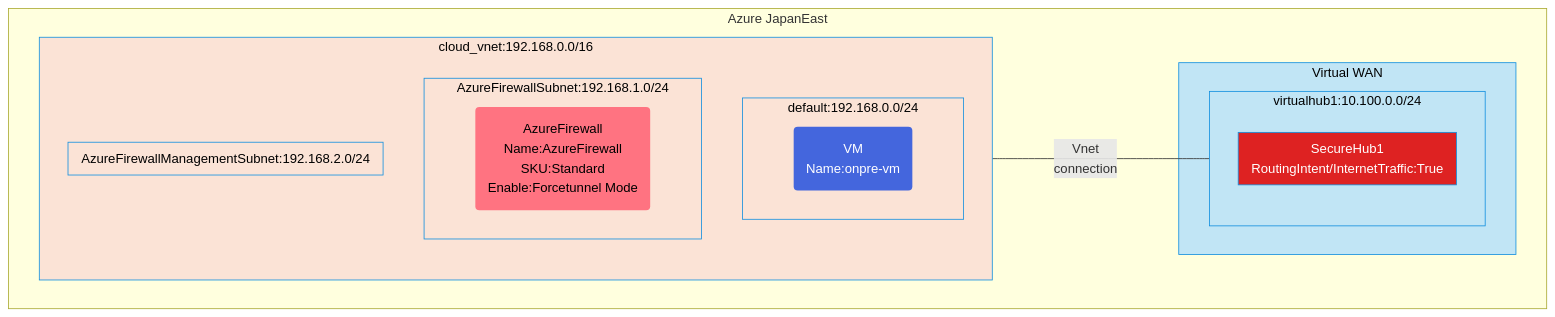
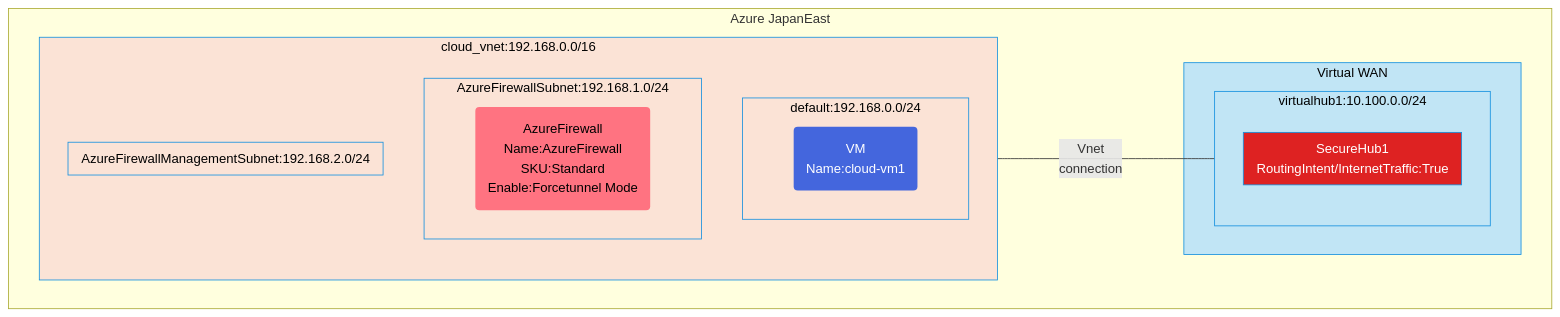
The diagram in force-tunneling-using-vwan-securehub-routing-intent/README.md (toizumi03/bicep-templates), drawn with Mermaid before and after one commit. The commit also changed other lines of this file, not shown here.

````diff
--- a/force-tunneling-using-vwan-securehub-routing-intent/README.md
+++ b/force-tunneling-using-vwan-securehub-routing-intent/README.md
@@ -3,54 +5,54 @@
 ```mermaid
 graph TB;
 %% Groups and Services
 subgraph GR1[Azure JapanEast]
   subgraph GonpV[cloud_vnet:192.168.0.0/16]
     subgraph GonpS2[default:192.168.0.0/24]
-    CP1("VM<br/>Name:onpre-vm")
+    CP1("VM<br/>Name:cloud-vm1")
   end
       subgraph GonpS3[AzureFirewallSubnet:192.168.1.0/24]
       AzFW("AzureFirewall<br/>Name:AzureFirewall<br/>SKU:Standard<br/>Enable:Forcetunnel Mode")
     end
       subgraph GonpS4[AzureFirewallManagementSubnet:192.168.2.0/24]
   end
 end
 end
 subgraph GR1[Azure JapanEast]
   subgraph GV1[Virtual WAN]
     subgraph GV2[virtualhub1:10.100.0.0/24]
       subgraph SECHUB1[SecureHub1<br/>RoutingIntent/InternetTraffic:True]
 end
 end
 end
 end
 
 %% Relation for resources
 GonpV --Vnet<br/>connection---- GV2
 
 %% Groups style
 classDef GSR fill:#fff,color:#1490df,stroke:#1490df
 class GR1,GR2 GSR
 
 classDef SGV1 fill:#c1e5f5,color:#000,stroke:#1490df
 class GV1,GV2 SGV1
 
 classDef SGonpV fill:#fbe3d6,color:#000,stroke:#1490df
 class GonpV,GonpS1,GonpS2,GonpS3,GonpS4 SGonpV
 
 classDef SGSH fill:#de2222,color:#fff,stroke:#1490df
 class SECHUB1 SGSH
  
 %% Service Style
 classDef SCP fill:#4466dd,color:#fff,stroke:none
 class CP1 SCP
 
 classDef SVPNGW fill:#57d1ed,color:#000,stroke:none
 class VPNGW1,VPNGW2 SVPNGW
 
 classDef SLNGW fill:#70b126,color:#fff,stroke:none
 class LNGW1 SLNGW
 
 classDef SFW fill:#ff7381,color:#000,stroke:none
 class AzFW SFW
 
 ```
````
